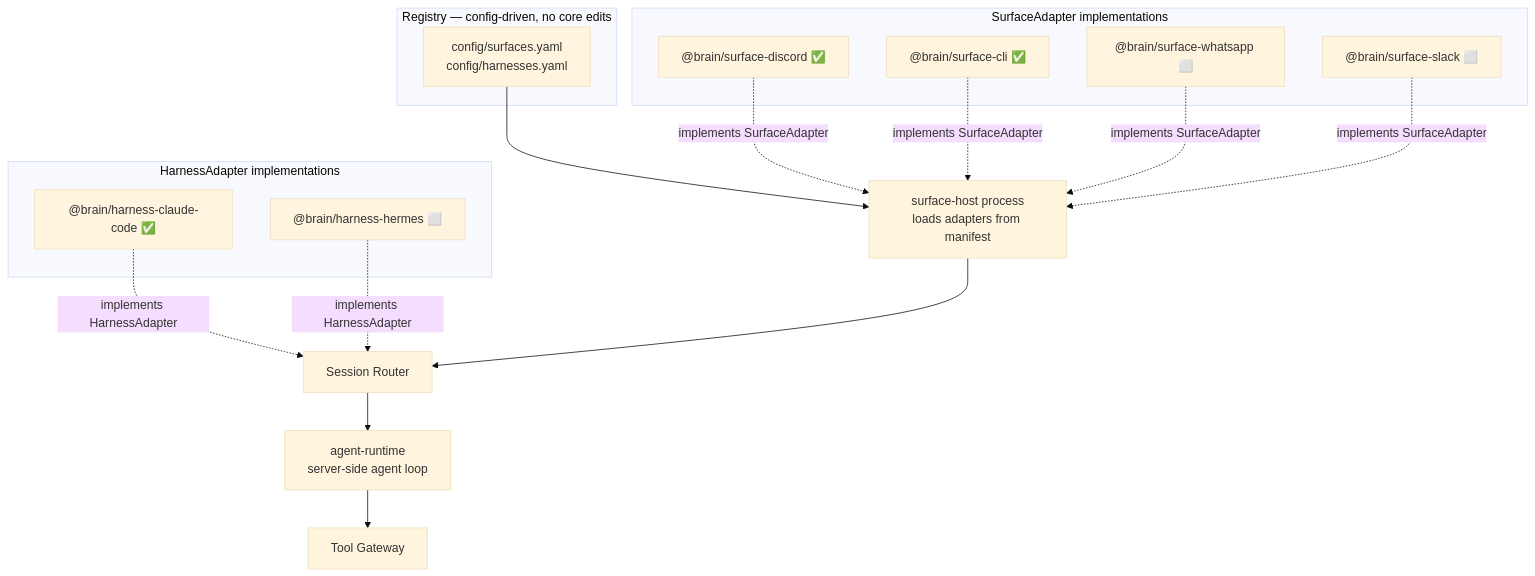
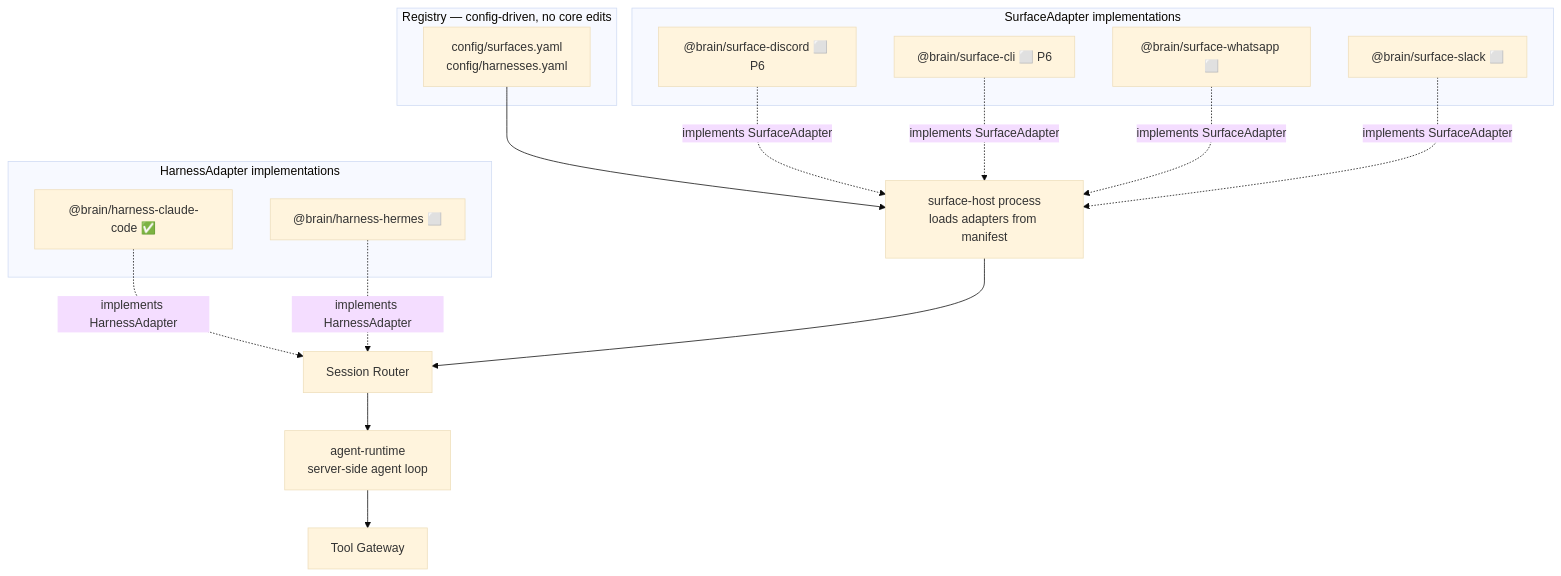
One commit to mars-flat/brain changed the first of 3 diagrams in architecture/08-surfaces.md. Above: the diagram before and after it, drawn with Mermaid (base theme). The commit also changed other lines of this file and 23 other files, not shown here.

````diff
--- a/architecture/08-surfaces.md
+++ b/architecture/08-surfaces.md
@@ -9,24 +9,24 @@
 ```mermaid
 flowchart TB
     subgraph Reg["Registry — config-driven, no core edits"]
         MAN["config/surfaces.yaml<br/>config/harnesses.yaml"]
     end
     subgraph SP["SurfaceAdapter implementations"]
-        S1["@brain/surface-discord ✅"]
-        S2["@brain/surface-cli ✅"]
+        S1["@brain/surface-discord ⬜ P6"]
+        S2["@brain/surface-cli ⬜ P6"]
         S3["@brain/surface-whatsapp ⬜"]
         S4["@brain/surface-slack ⬜"]
     end
     subgraph HP["HarnessAdapter implementations"]
         H1["@brain/harness-claude-code ✅"]
         H2["@brain/harness-hermes ⬜"]
     end
     HOST["surface-host process<br/>loads adapters from manifest"]
     ROUTER["Session Router"]
     GW["Tool Gateway"]
 
     MAN --> HOST
     S1 & S2 & S3 & S4 -.->|"implements SurfaceAdapter"| HOST
     H1 & H2 -.->|"implements HarnessAdapter"| ROUTER
     HOST --> ROUTER --> AR["agent-runtime<br/>server-side agent loop"] --> GW
 ```
````
